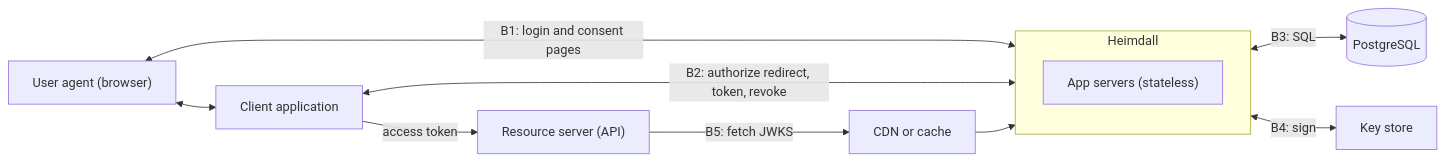
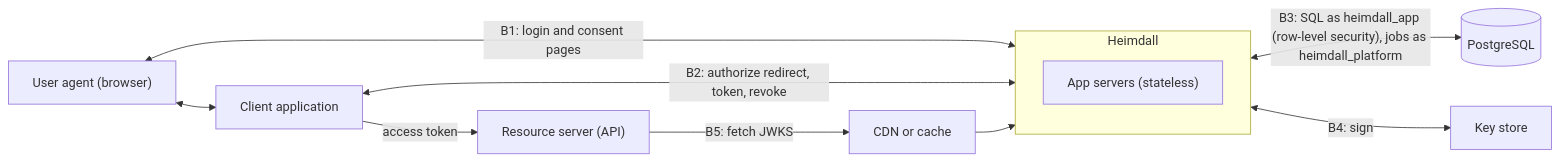
One commit to Parth2500/heimdall-idp changed the second of 3 diagrams in docs/diagrams/01-architecture.md. Above: the diagram before and after it, drawn with Mermaid. The commit also changed other lines of this file and 25 other files, not shown here.

First line of the commit message:
Add PostgreSQL row-level security as the second tenant layer (D20)

````diff
--- a/docs/diagrams/01-architecture.md
+++ b/docs/diagrams/01-architecture.md
@@ -39,22 +41,22 @@
 ```mermaid
 flowchart LR
     U["User agent (browser)"]
     C["Client application"]
     R["Resource server (API)"]
     subgraph H["Heimdall"]
         direction TB
         A["App servers (stateless)"]
     end
     DB[("PostgreSQL")]
     K["Key store"]
     CDN["CDN or cache"]
 
     U <-->|"B1: login and consent pages"| A
     C <-->|"B2: authorize redirect, token, revoke"| A
     U <--> C
-    A <-->|"B3: SQL"| DB
+    A <-->|"B3: SQL as heimdall_app (row-level security), jobs as heimdall_platform"| DB
     A <-->|"B4: sign"| K
     R -->|"B5: fetch JWKS"| CDN
     CDN --> A
     C -->|"access token"| R
 ```
````
